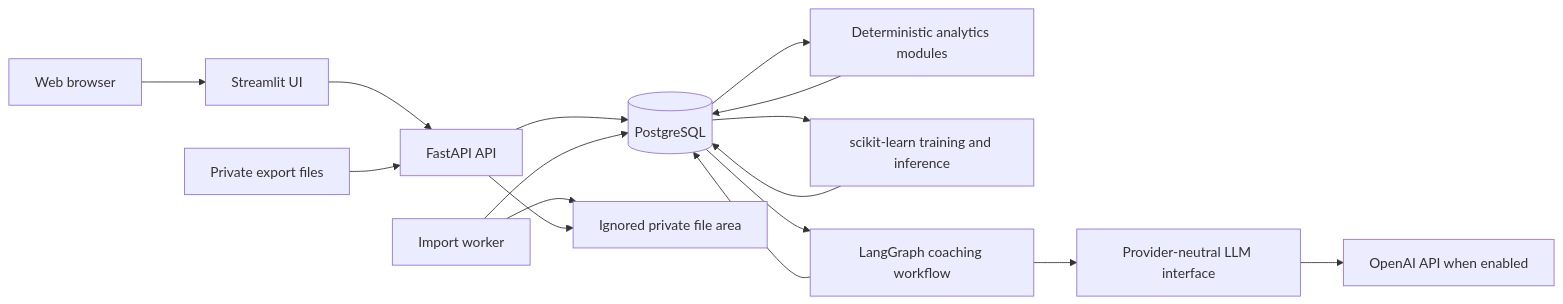
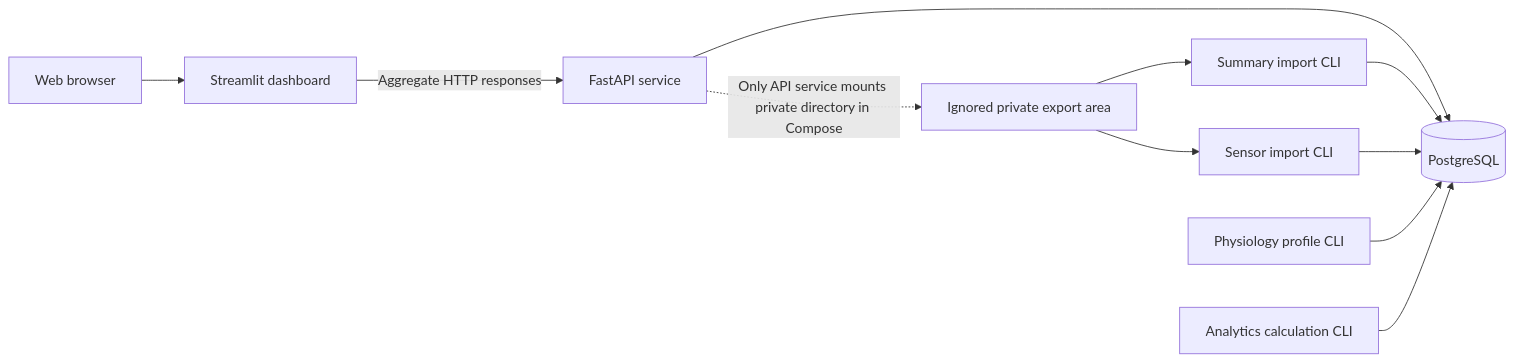
One commit to saadBr/runcoach-ai changed the second of 9 diagrams in docs/architecture.md. Above: the diagram before and after it, drawn with Mermaid. The commit also changed other lines of this file, not shown here.

Commit message:
docs: align architecture with implemented platform

````diff
--- a/docs/architecture.md
+++ b/docs/architecture.md
@@ -70,22 +130,16 @@
 ```mermaid
 flowchart LR
-    Browser["Web browser"] --> UI["Streamlit UI"]
-    UI --> API["FastAPI API"]
+    Browser["Web browser"] --> Dashboard["Streamlit dashboard"]
+    Dashboard -->|"Aggregate HTTP responses"| API["FastAPI service"]
+    API --> DB[("PostgreSQL")]
 
-    Files["Private export files"] --> API
-    API --> DB[("PostgreSQL")]
-    Worker["Import worker"] --> DB
-    Worker --> PrivateStore["Ignored private file area"]
-    API --> PrivateStore
+    Private["Ignored private export area"] --> SummaryCLI["Summary import CLI"]
+    Private --> SensorCLI["Sensor import CLI"]
+    SummaryCLI --> DB
+    SensorCLI --> DB
 
-    DB --> Analytics["Deterministic analytics modules"]
-    Analytics --> DB
+    ProfileCLI["Physiology profile CLI"] --> DB
+    AnalyticsCLI["Analytics calculation CLI"] --> DB
 
-    DB --> ML["scikit-learn training and inference"]
-    ML --> DB
-
-    DB --> Graph["LangGraph coaching workflow"]
-    Graph --> LLM["Provider-neutral LLM interface"]
-    LLM --> OpenAI["OpenAI API when enabled"]
-    Graph --> DB
+    API -. "Only API service mounts private directory in Compose" .-> Private
 ```
````
